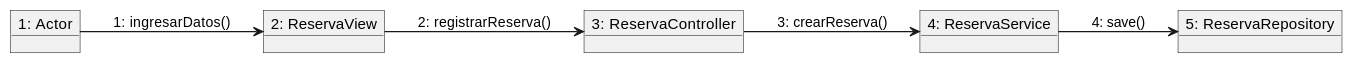
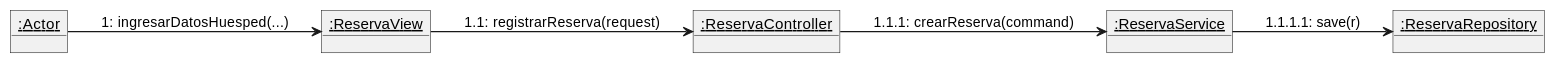
One commit to Tsmrain/GestionSistemas changed the ninth of 36 diagrams in RefactorV4.md. Above: the diagram before and after it, drawn with PlantUML. The commit also changed other lines of this file and 1 other file, not shown here.

Commit message:
refactor: enhance UML diagrams with GRASP stereotypes, layer annotations, and updated sequence interactions.

````diff
--- a/RefactorV4.md
+++ b/RefactorV4.md
@@ -546,15 +603,15 @@
 ```plantuml
 @startuml
 left to right direction
-object "1: Actor" as Actor
-object "2: ReservaView" as View
-object "3: ReservaController" as Ctrl
-object "4: ReservaService" as Serv
-object "5: ReservaRepository" as Repo
+object "<u>:Actor</u>" as Actor
+object "<u>:ReservaView</u>" as View
+object "<u>:ReservaController</u>" as Ctrl
+object "<u>:ReservaService</u>" as Serv
+object "<u>:ReservaRepository</u>" as Repo
 
-Actor --> View : "1: ingresarDatos()"
-View --> Ctrl : "2: registrarReserva()"
-Ctrl --> Serv : "3: crearReserva()"
-Serv --> Repo : "4: save()"
+Actor --> View : 1: ingresarDatosHuesped(...)
+View --> Ctrl : 1.1: registrarReserva(request)
+Ctrl --> Serv : 1.1.1: crearReserva(command)
+Serv --> Repo : 1.1.1.1: save(r)
 @enduml
 ```
````
